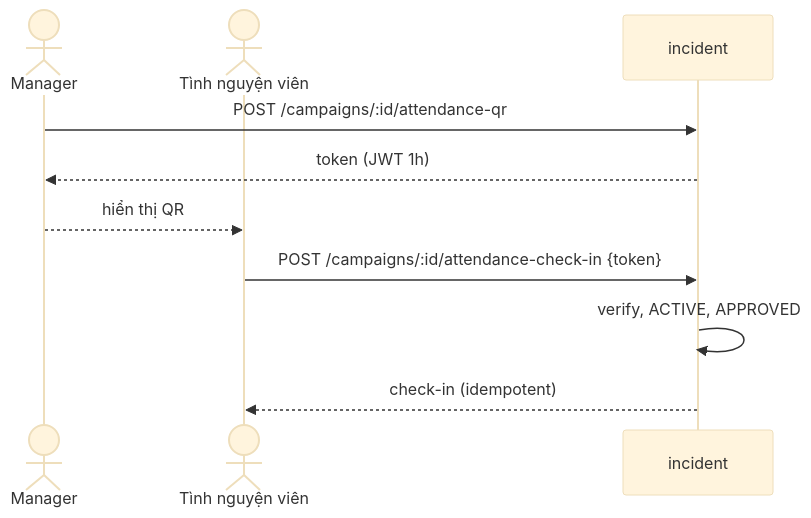
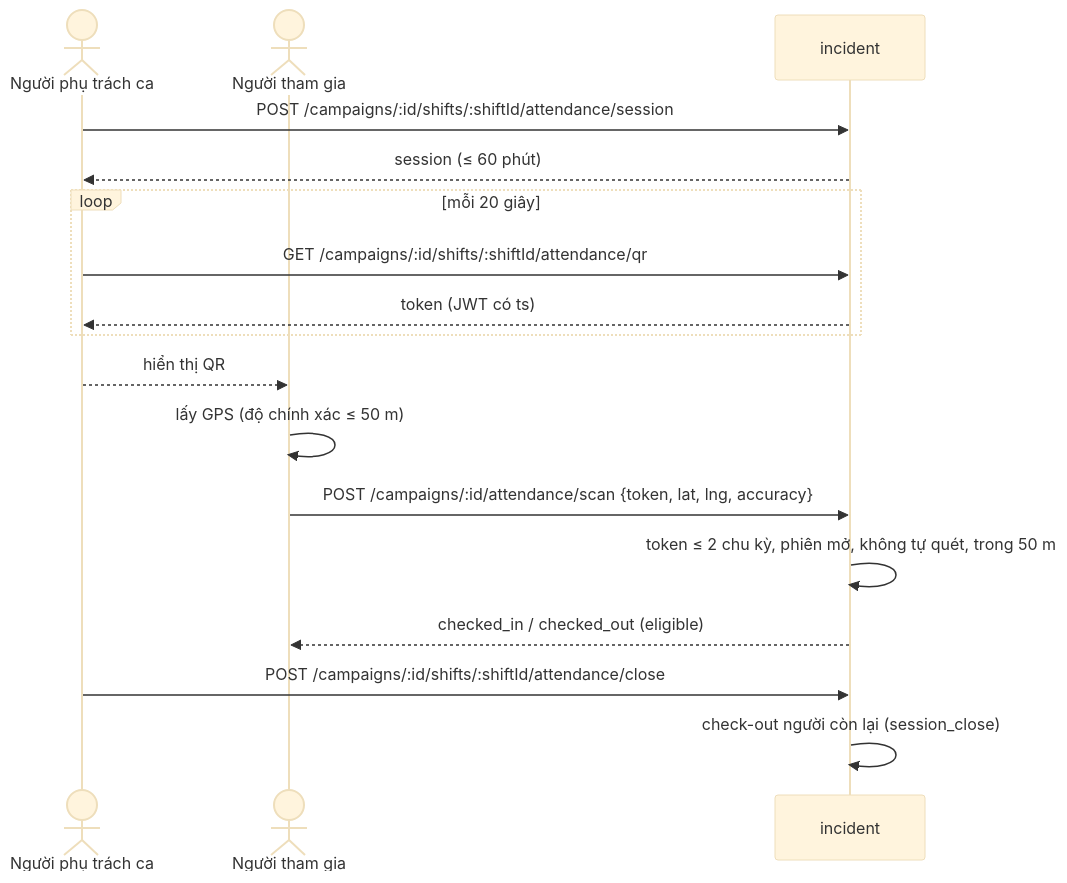
Before and after one commit to DOAN2-UQT-KN/ecolink-docs: diagram 19 of 26 in 02-business-flows.md, drawn with Mermaid (base theme). The commit also changed other lines of this file and 8 other files, not shown here.

````diff
--- a/02-business-flows.md
+++ b/02-business-flows.md
@@ -841,12 +843,19 @@
 ```mermaid
 sequenceDiagram
-  actor M as Manager
-  actor V as Tình nguyện viên
+  actor L as Người phụ trách ca
+  actor V as Người tham gia
   participant INC as incident
-  M->>INC: POST /campaigns/:id/attendance-qr
-  INC-->>M: token (JWT 1h)
-  M-->>V: hiển thị QR
-  V->>INC: POST /campaigns/:id/attendance-check-in {token}
-  INC->>INC: verify, ACTIVE, APPROVED
-  INC-->>V: check-in (idempotent)
+  L->>INC: POST /campaigns/:id/shifts/:shiftId/attendance/session
+  INC-->>L: session (≤ 60 phút)
+  loop mỗi 20 giây
+    L->>INC: GET /campaigns/:id/shifts/:shiftId/attendance/qr
+    INC-->>L: token (JWT có ts)
+  end
+  L-->>V: hiển thị QR
+  V->>V: lấy GPS (độ chính xác ≤ 50 m)
+  V->>INC: POST /campaigns/:id/attendance/scan {token, lat, lng, accuracy}
+  INC->>INC: token ≤ 2 chu kỳ, phiên mở, không tự quét, trong 50 m
+  INC-->>V: checked_in / checked_out (eligible)
+  L->>INC: POST /campaigns/:id/shifts/:shiftId/attendance/close
+  INC->>INC: check-out người còn lại (session_close)
 ```
````
